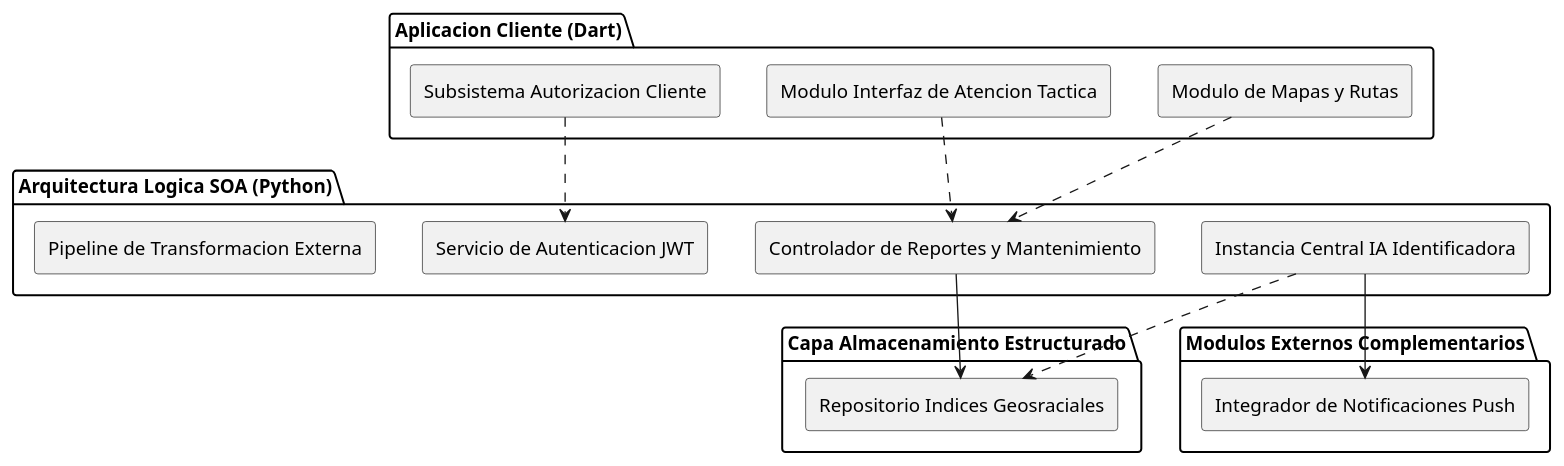
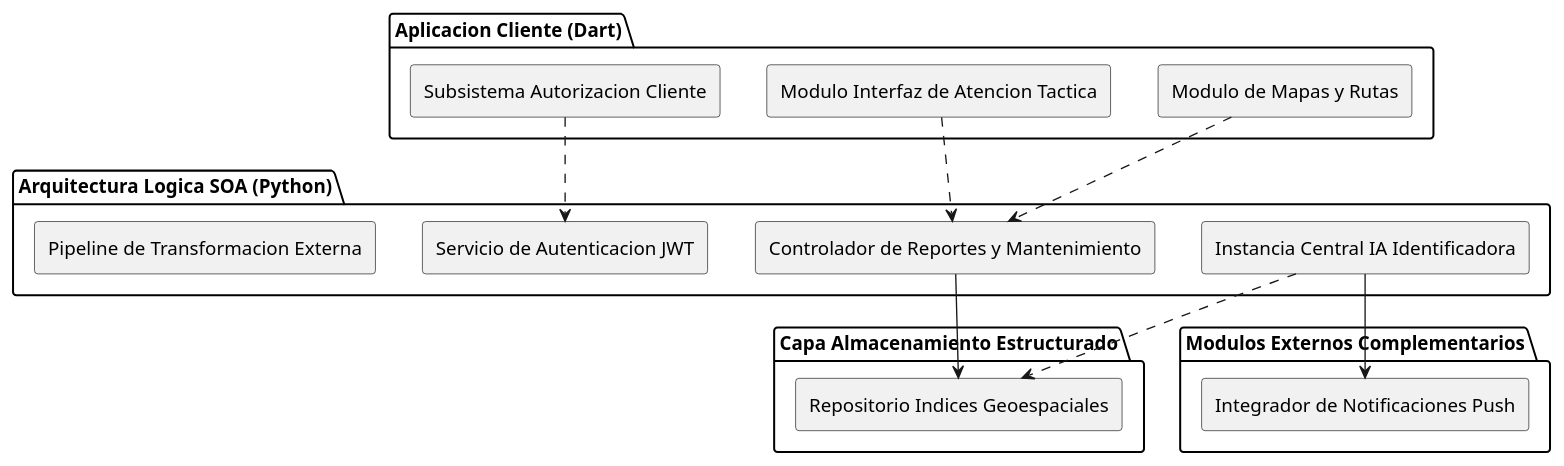
One commit to pieroalexanderppc/sgeo_pp changed the fourth of 8 diagrams in docs/FD03-EPIS-Informe SRS de Proyecto.md. Above: the diagram before and after it, drawn with PlantUML. The commit also changed other lines of this file and 27 other files, not shown here.

````diff
--- a/docs/FD03-EPIS-Informe SRS de Proyecto.md
+++ b/docs/FD03-EPIS-Informe SRS de Proyecto.md
@@ -397,36 +408,36 @@
 ```plantuml
 @startuml
 skinparam shadowing false
 skinparam roundcorner 5
 skinparam componentStyle rectangle
 
 package "Aplicacion Cliente (Dart)" as P_Client {
   [Modulo de Mapas y Rutas]
   [Modulo Interfaz de Atencion Tactica]
   [Subsistema Autorizacion Cliente]
 }
 
 package "Arquitectura Logica SOA (Python)" as P_Logic {
   [Servicio de Autenticacion JWT]
   [Controlador de Reportes y Mantenimiento]
   [Instancia Central IA Identificadora]
   [Pipeline de Transformacion Externa]
 }
 
 package "Capa Almacenamiento Estructurado" as P_Data {
-  [Repositorio Indices Geosraciales]
+  [Repositorio Indices Geoespaciales]
 }
 
 package "Modulos Externos Complementarios" as P_Ext {
   [Integrador de Notificaciones Push]
 }
 
 [Subsistema Autorizacion Cliente] ..> [Servicio de Autenticacion JWT]
 [Modulo de Mapas y Rutas] ..> [Controlador de Reportes y Mantenimiento]
 [Modulo Interfaz de Atencion Tactica] ..> [Controlador de Reportes y Mantenimiento]
 
-[Controlador de Reportes y Mantenimiento] --> [Repositorio Indices Geosraciales]
-[Instancia Central IA Identificadora] ..> [Repositorio Indices Geosraciales]
+[Controlador de Reportes y Mantenimiento] --> [Repositorio Indices Geoespaciales]
+[Instancia Central IA Identificadora] ..> [Repositorio Indices Geoespaciales]
 [Instancia Central IA Identificadora] --> [Integrador de Notificaciones Push]
 @enduml
 ```
````
